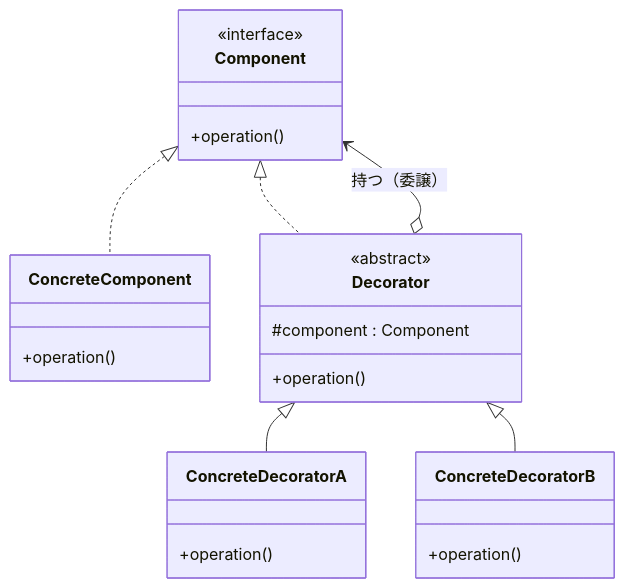
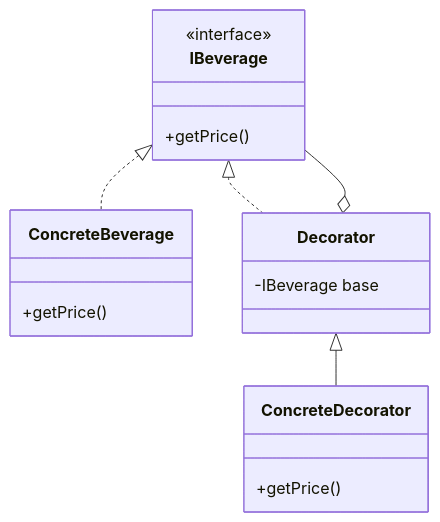
The sixth of 6 diagrams in kindle/design-patterns/output/chapter06.md (kumachan1101-pixel/DesignPattern), drawn with Mermaid before and after one commit. The commit also changed other lines of this file and 11 other files, not shown here.

````diff
--- a/kindle/design-patterns/output/chapter06.md
+++ b/kindle/design-patterns/output/chapter06.md
@@ -1129,27 +1044,21 @@
 ```mermaid
 classDiagram
-    class Component {
+    class IBeverage {
         <<interface>>
-        +operation()
+        +getPrice()
     }
-    class ConcreteComponent {
-        +operation()
+    class ConcreteBeverage {
+        +getPrice()
     }
     class Decorator {
-        <<abstract>>
-        #component : Component
-        +operation()
+        -IBeverage base
     }
-    class ConcreteDecoratorA {
-        +operation()
+    class ConcreteDecorator {
+        +getPrice()
     }
-    class ConcreteDecoratorB {
-        +operation()
-    }
+    IBeverage <|.. ConcreteBeverage
+    IBeverage <|.. Decorator
+    Decorator o-- IBeverage
+    Decorator <|-- ConcreteDecorator
 
-    Component <|.. ConcreteComponent
-    Component <|.. Decorator
-    Decorator o--> Component : 持つ（委譲）
-    Decorator <|-- ConcreteDecoratorA
-    Decorator <|-- ConcreteDecoratorB
 ```
````
